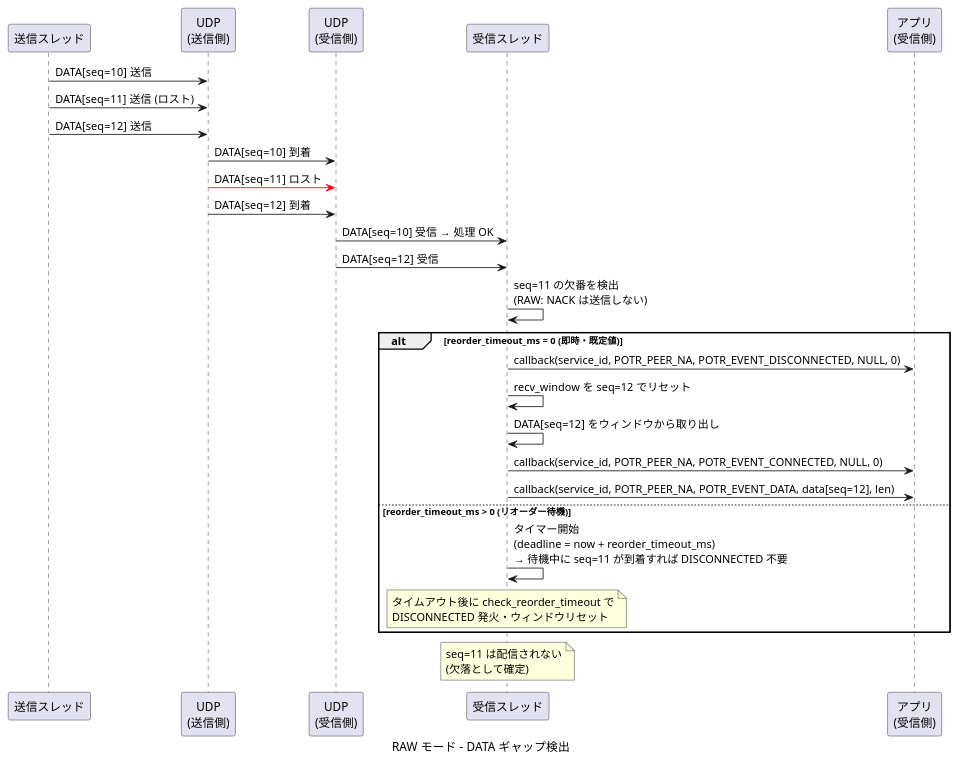
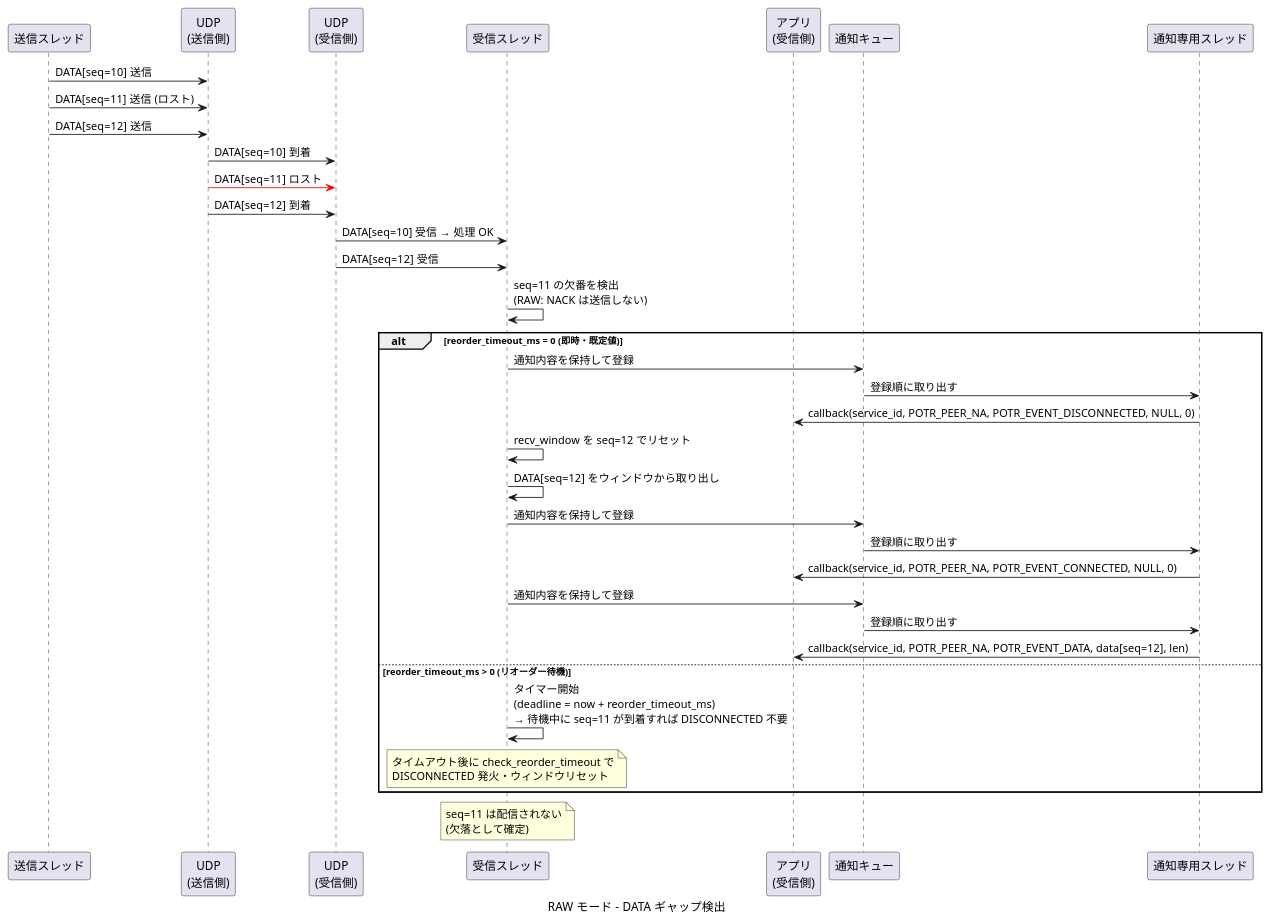
The eighth of 10 diagrams in docs/sequence-data.md (Hondarer/app_porter), drawn with PlantUML before and after one commit. The commit also changed other lines of this file and 52 other files, not shown here.

````diff
--- a/docs/sequence-data.md
+++ b/docs/sequence-data.md
@@ -289,38 +329,46 @@
 ```plantuml
 @startuml RAW モード - DATA ギャップ検出
 caption RAW モード - DATA ギャップ検出
 
 participant "送信スレッド" as ST
 participant "UDP\n(送信側)" as SUDP
 participant "UDP\n(受信側)" as RUDP
 participant "受信スレッド" as RRT
 participant "アプリ\n(受信側)" as RAPP
+participant "通知キュー" as NQ
+participant "通知専用スレッド" as NT
 
 ST -> SUDP: DATA[seq=10] 送信
 ST -> SUDP: DATA[seq=11] 送信 (ロスト)
 ST -> SUDP: DATA[seq=12] 送信
 
 SUDP -> RUDP: DATA[seq=10] 到着
 SUDP -[#red]> RUDP: DATA[seq=11] ロスト
 SUDP -> RUDP: DATA[seq=12] 到着
 
 RUDP -> RRT: DATA[seq=10] 受信 → 処理 OK
 RUDP -> RRT: DATA[seq=12] 受信
 
 RRT -> RRT: seq=11 の欠番を検出\n(RAW: NACK は送信しない)
 
 alt reorder_timeout_ms = 0 (即時・既定値)
-  RRT -> RAPP: callback(service_id, POTR_PEER_NA, POTR_EVENT_DISCONNECTED, NULL, 0)
+  RRT -> NQ: 通知内容を保持して登録
+  NQ -> NT: 登録順に取り出す
+  NT -> RAPP: callback(service_id, POTR_PEER_NA, POTR_EVENT_DISCONNECTED, NULL, 0)
   RRT -> RRT: recv_window を seq=12 でリセット
   RRT -> RRT: DATA[seq=12] をウィンドウから取り出し
-  RRT -> RAPP: callback(service_id, POTR_PEER_NA, POTR_EVENT_CONNECTED, NULL, 0)
-  RRT -> RAPP: callback(service_id, POTR_PEER_NA, POTR_EVENT_DATA, data[seq=12], len)
+  RRT -> NQ: 通知内容を保持して登録
+  NQ -> NT: 登録順に取り出す
+  NT -> RAPP: callback(service_id, POTR_PEER_NA, POTR_EVENT_CONNECTED, NULL, 0)
+  RRT -> NQ: 通知内容を保持して登録
+  NQ -> NT: 登録順に取り出す
+  NT -> RAPP: callback(service_id, POTR_PEER_NA, POTR_EVENT_DATA, data[seq=12], len)
 else reorder_timeout_ms > 0 (リオーダー待機)
   RRT -> RRT: タイマー開始\n(deadline = now + reorder_timeout_ms)\n→ 待機中に seq=11 が到着すれば DISCONNECTED 不要
   note over RRT: タイムアウト後に check_reorder_timeout で\nDISCONNECTED 発火・ウィンドウリセット
 end
 
 note over RRT: seq=11 は配信されない\n(欠落として確定)
 
 @enduml
 ```
````
